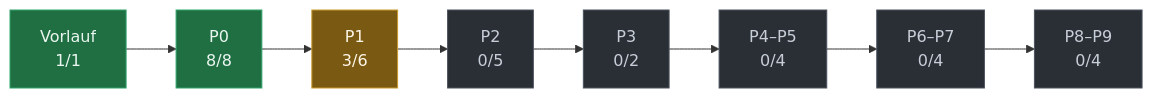
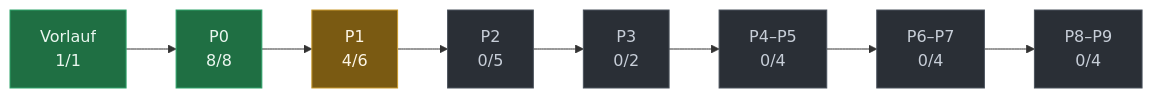
Before and after one commit to evenacadia-tech/Nakama: the diagram in docs/PLAN-STAND.md, drawn with Mermaid. The commit also changed other lines of this file and 6 other files, not shown here.

````diff
--- a/docs/PLAN-STAND.md
+++ b/docs/PLAN-STAND.md
@@ -28,21 +28,21 @@
 ```mermaid
 flowchart LR
   P0["Vorlauf<br/>1/1"]:::fertig
   P1["P0<br/>8/8"]:::fertig
   P0 --> P1
-  P2["P1<br/>3/6"]:::laeuft
+  P2["P1<br/>4/6"]:::laeuft
   P1 --> P2
   P3["P2<br/>0/5"]:::offen
   P2 --> P3
   P4["P3<br/>0/2"]:::offen
   P3 --> P4
   P5["P4–P5<br/>0/4"]:::offen
   P4 --> P5
   P6["P6–P7<br/>0/4"]:::offen
   P5 --> P6
   P7["P8–P9<br/>0/4"]:::offen
   P6 --> P7
   classDef fertig fill:#1f6f43,stroke:#2ea36a,color:#eaf6ef
   classDef laeuft fill:#7a5a12,stroke:#c99a2e,color:#fdf6e6
   classDef offen  fill:#2a2f36,stroke:#4a525c,color:#c7ced8
 ```
````
